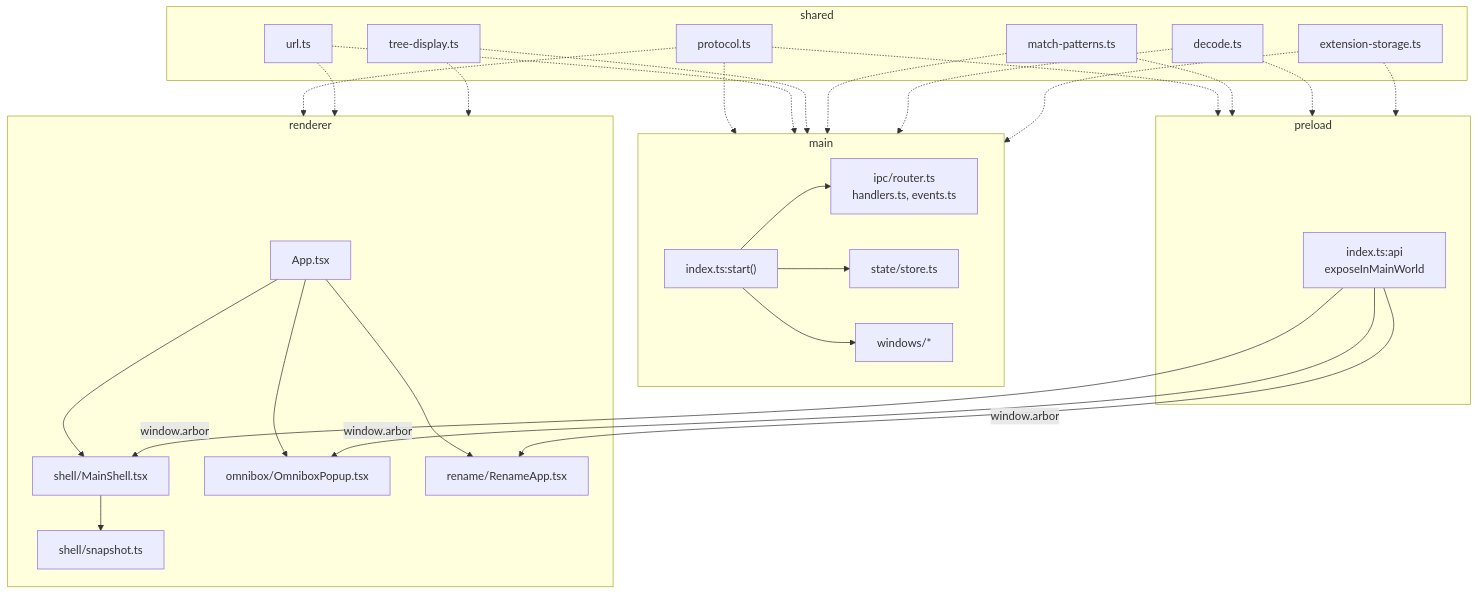
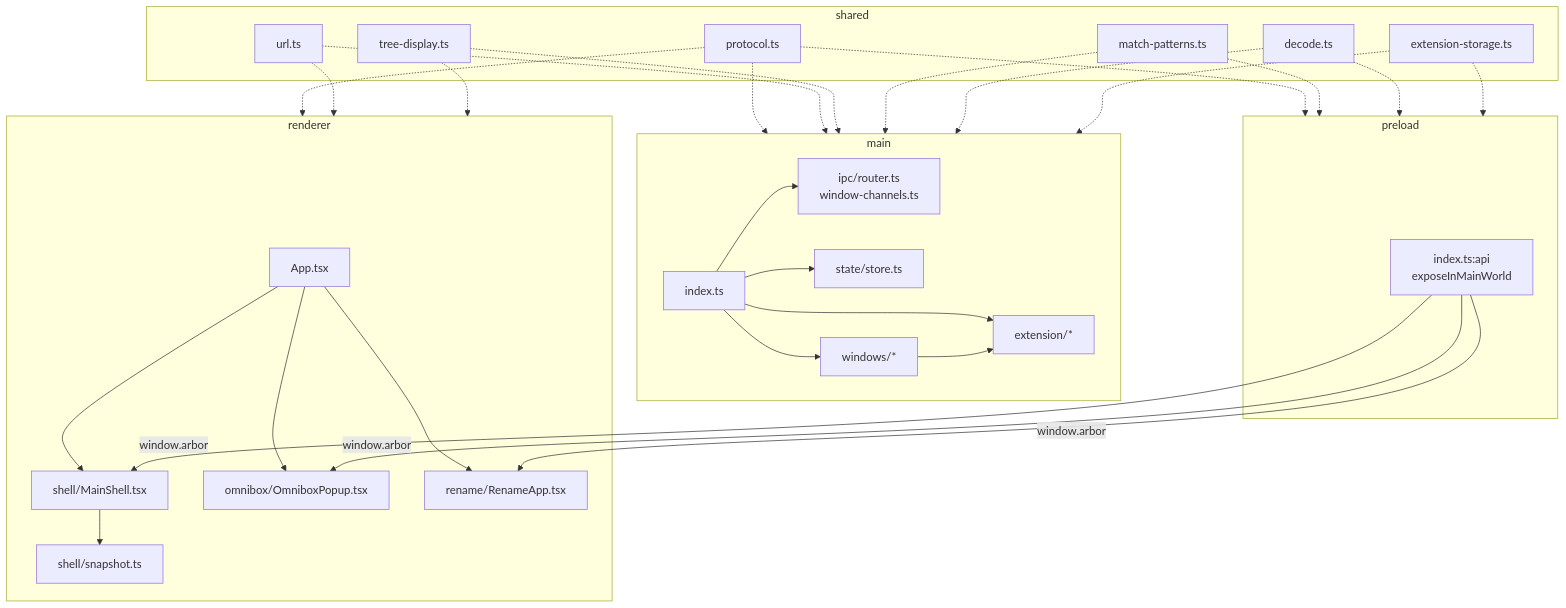
Before and after one commit to rom100main/arbor: the first of 2 diagrams in docs/architecture/01-processes.md, drawn with Mermaid. The commit also changed other lines of this file and 3 other files, not shown here.

Commit message:
docs(architecture): extension handling use effect, simplify windows handling

````diff
--- a/docs/architecture/01-processes.md
+++ b/docs/architecture/01-processes.md
@@ -61,51 +75,54 @@
 ```mermaid
 flowchart TB
     subgraph M["main"]
-        S["index.ts:start()"]
-        H["ipc/router.ts<br/>handlers.ts, events.ts"]
+        S["index.ts"]
+        H["ipc/router.ts<br/>window-channels.ts"]
         ST["state/store.ts"]
         W["windows/*"]
+        EX["extension/*"]
     end
     subgraph P["preload"]
         B["index.ts:api<br/>exposeInMainWorld"]
     end
     subgraph R["renderer"]
         A["App.tsx"]
         SH["shell/MainShell.tsx"]
         OM["omnibox/OmniboxPopup.tsx"]
         RN["rename/RenameApp.tsx"]
         SN["shell/snapshot.ts"]
     end
     subgraph SHR["shared"]
         PR["protocol.ts"]
         URL["url.ts"]
         TD["tree-display.ts"]
         MP["match-patterns.ts"]
         DEC["decode.ts"]
         ES["extension-storage.ts"]
     end
 
     S --> H
     S --> ST
     S --> W
+    S --> EX
+    W --> EX
     A --> SH
     A --> OM
     A --> RN
     SH --> SN
     B -->|"window.arbor"| SH
     B -->|"window.arbor"| OM
     B -->|"window.arbor"| RN
     PR -.-> M
     PR -.-> P
     PR -.-> R
     URL -.-> M
     URL -.-> R
     TD -.-> M
     TD -.-> R
     MP -.-> M
     MP -.-> P
     DEC -.-> M
     DEC -.-> P
     ES -.-> M
     ES -.-> P
 ```
````
